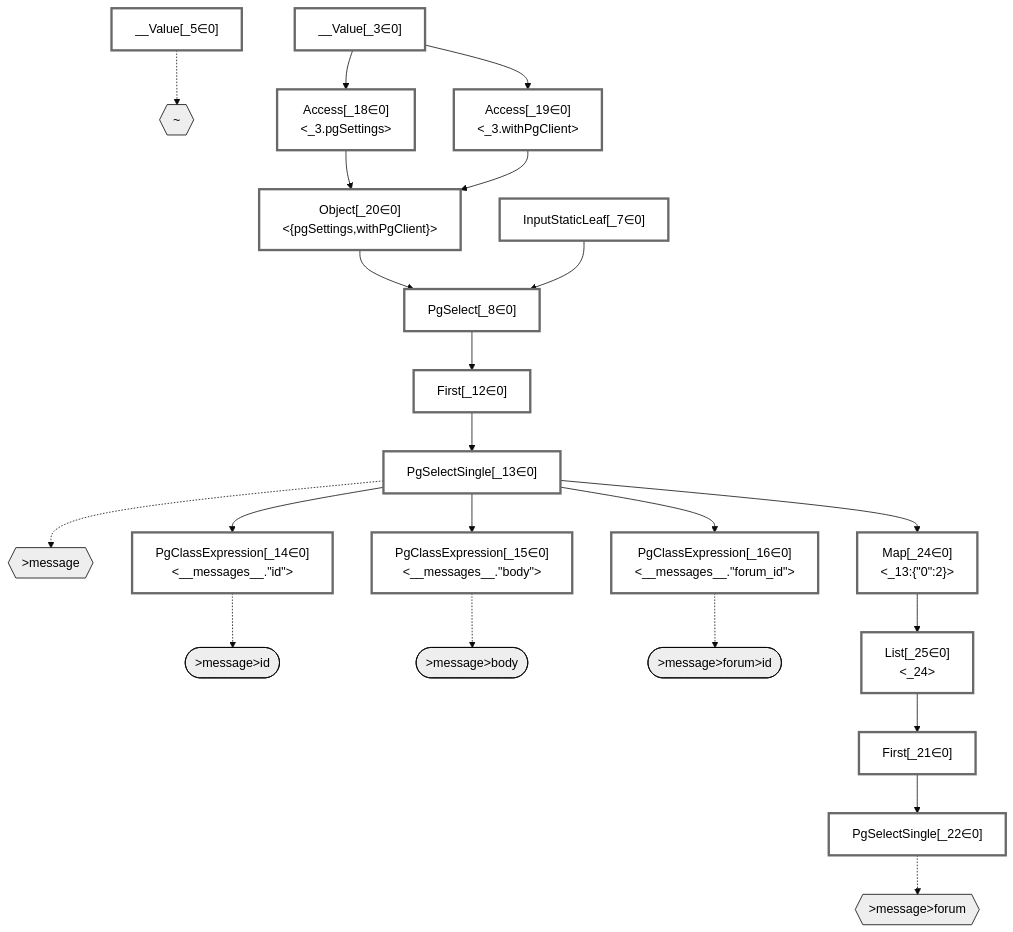
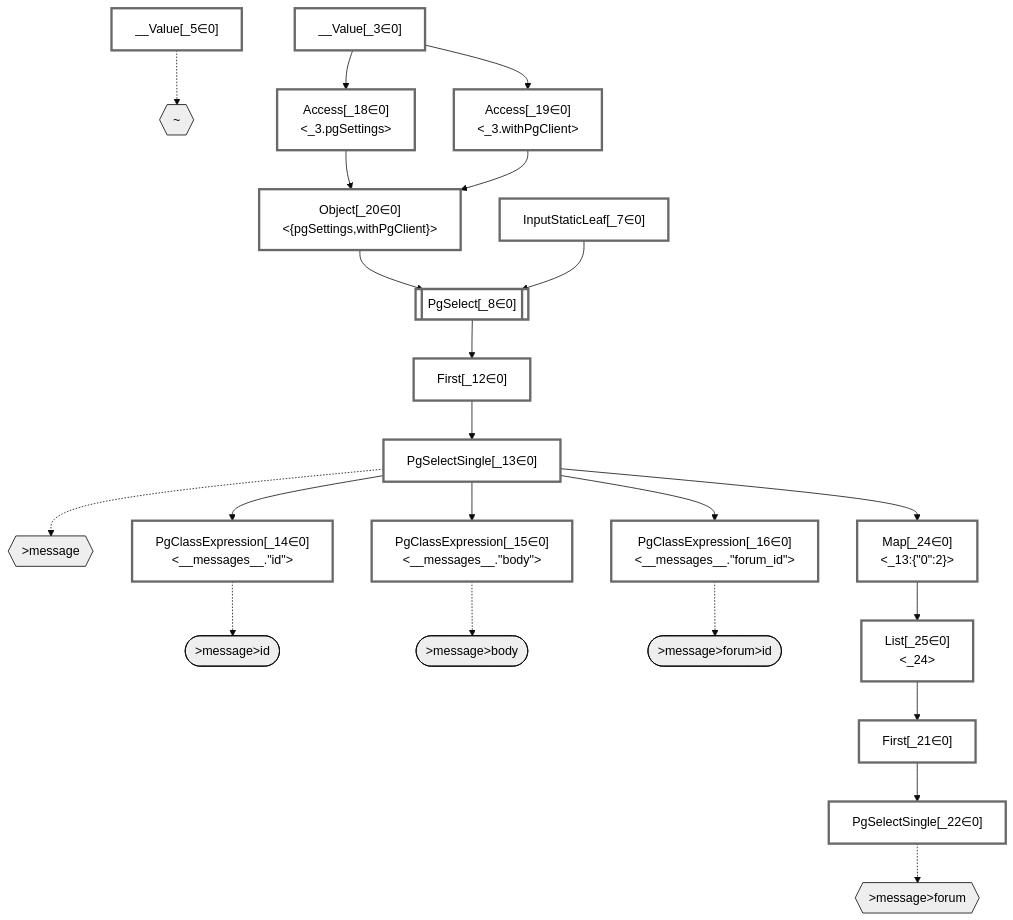
The diagram in packages/dataplan-pg/__tests__/queries/relations/basics-no-join-if-identical.mermaid.md (graphile/crystal), drawn with Mermaid (base theme) before and after one commit. The commit also changed 195 other files, not shown here.

````diff
--- a/packages/dataplan-pg/__tests__/queries/relations/basics-no-join-if-identical.mermaid.md
+++ b/packages/dataplan-pg/__tests__/queries/relations/basics-no-join-if-identical.mermaid.md
@@ -1,68 +1,68 @@
 ```mermaid
 graph TD
     classDef path fill:#eee,stroke:#000,color:#000
     classDef plan fill:#fff,stroke-width:3px,color:#000
     classDef itemplan fill:#fff,stroke-width:6px,color:#000
     classDef sideeffectplan fill:#f00,stroke-width:6px,color:#000
 
     %% subgraph fields
     P1{{"~"}}:::path
     P2{{">message"}}:::path
     P3([">message>id"]):::path
     %% P2 -.-> P3
     P4([">message>body"]):::path
     %% P2 -.-> P4
     P5{{">message>forum"}}:::path
     P6([">message>forum>id"]):::path
     %% P5 -.-> P6
     %% P2 -.-> P5
     %% P1 -.-> P2
     %% end
 
     %% define plans
     __Value_3["__Value[_3∈0]<br /><context>"]:::plan
     __Value_5["__Value[_5∈0]<br /><rootValue>"]:::plan
     InputStaticLeaf_7["InputStaticLeaf[_7∈0]"]:::plan
-    PgSelect_8["PgSelect[_8∈0]<br /><messages>"]:::plan
+    PgSelect_8[["PgSelect[_8∈0]<br /><messages>"]]:::plan
     First_12["First[_12∈0]"]:::plan
     PgSelectSingle_13["PgSelectSingle[_13∈0]<br /><messages>"]:::plan
     PgClassExpression_14["PgClassExpression[_14∈0]<br /><__messages__.#quot;id#quot;>"]:::plan
     PgClassExpression_15["PgClassExpression[_15∈0]<br /><__messages__.#quot;body#quot;>"]:::plan
     PgClassExpression_16["PgClassExpression[_16∈0]<br /><__messages__.#quot;forum_id#quot;>"]:::plan
     Access_18["Access[_18∈0]<br /><_3.pgSettings>"]:::plan
     Access_19["Access[_19∈0]<br /><_3.withPgClient>"]:::plan
     Object_20["Object[_20∈0]<br /><{pgSettings,withPgClient}>"]:::plan
     First_21["First[_21∈0]"]:::plan
     PgSelectSingle_22["PgSelectSingle[_22∈0]<br /><forums>"]:::plan
     Map_24["Map[_24∈0]<br /><_13:{#quot;0#quot;:2}>"]:::plan
     List_25["List[_25∈0]<br /><_24>"]:::plan
 
     %% plan dependencies
     Object_20 --> PgSelect_8
     InputStaticLeaf_7 --> PgSelect_8
     PgSelect_8 --> First_12
     First_12 --> PgSelectSingle_13
     PgSelectSingle_13 --> PgClassExpression_14
     PgSelectSingle_13 --> PgClassExpression_15
     PgSelectSingle_13 --> PgClassExpression_16
     __Value_3 --> Access_18
     __Value_3 --> Access_19
     Access_18 --> Object_20
     Access_19 --> Object_20
     List_25 --> First_21
     First_21 --> PgSelectSingle_22
     PgSelectSingle_13 --> Map_24
     Map_24 --> List_25
 
     %% plan-to-path relationships
     __Value_5 -.-> P1
     PgSelectSingle_13 -.-> P2
     PgClassExpression_14 -.-> P3
     PgClassExpression_15 -.-> P4
     PgSelectSingle_22 -.-> P5
     PgClassExpression_16 -.-> P6
 
     %% allocate buckets
     classDef bucket0 stroke:#696969
     class __Value_3,__Value_5,InputStaticLeaf_7,PgSelect_8,First_12,PgSelectSingle_13,PgClassExpression_14,PgClassExpression_15,PgClassExpression_16,Access_18,Access_19,Object_20,First_21,PgSelectSingle_22,Map_24,List_25 bucket0
 ```
````
